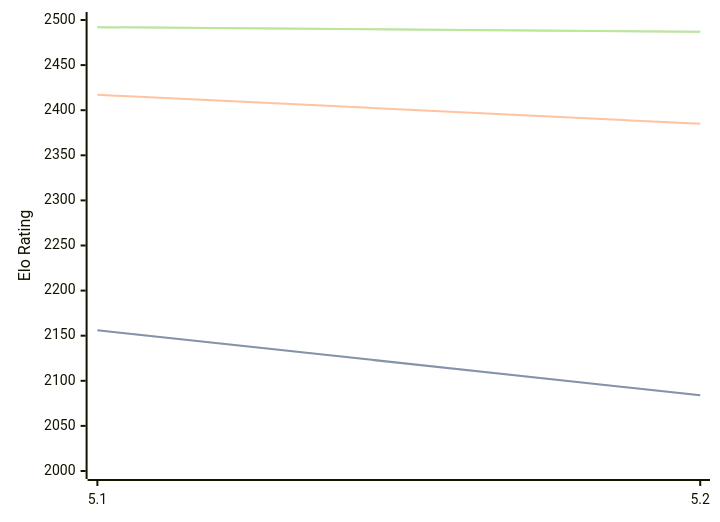
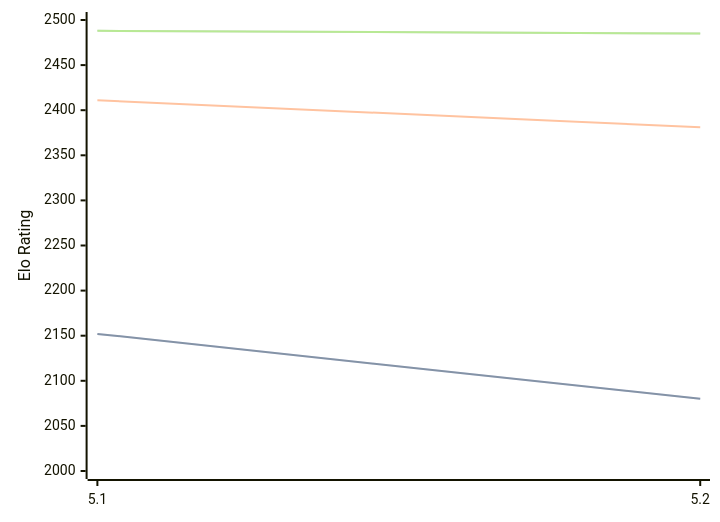
The third of 3 diagrams in engines/Prophet.md (computer-chess-index/cci), drawn with Mermaid before and after one commit. The commit also changed other lines of this file, not shown here.

Commit message:
Update CCI Ratings (ELO VLTC) - 2026-07-16

````diff
--- a/engines/Prophet.md
+++ b/engines/Prophet.md
@@ -71,11 +71,11 @@
 ```mermaid
 %%{init: {"theme":"base","themeVariables":{"seriesColors:['#a3a3a3','#222221','#faa371']}}}%%
 xychart-beta
   x-axis ["5.1", "5.2"]
   y-axis "Elo Rating" 2000 --> 2500
-  line "STC (8.0+0.08s)" [2156, 2084]
-  line "STC (8.0+0.08s)" [2156, 2084]
-  line "LTC (60.0+0.60s)" [2417, 2385]
-  line "VLTC (2m24s+1.12s)" [2492, 2487]
-  line "VLTC (2m24s+1.12s)" [2492, 2487]
+  line "STC (8.0+0.08s)" [2152, 2080]
+  line "STC (8.0+0.08s)" [2152, 2080]
+  line "LTC (60.0+0.60s)" [2411, 2381]
+  line "VLTC (2m24s+1.12s)" [2488, 2485]
+  line "VLTC (2m24s+1.12s)" [2488, 2485]
 ```
````
